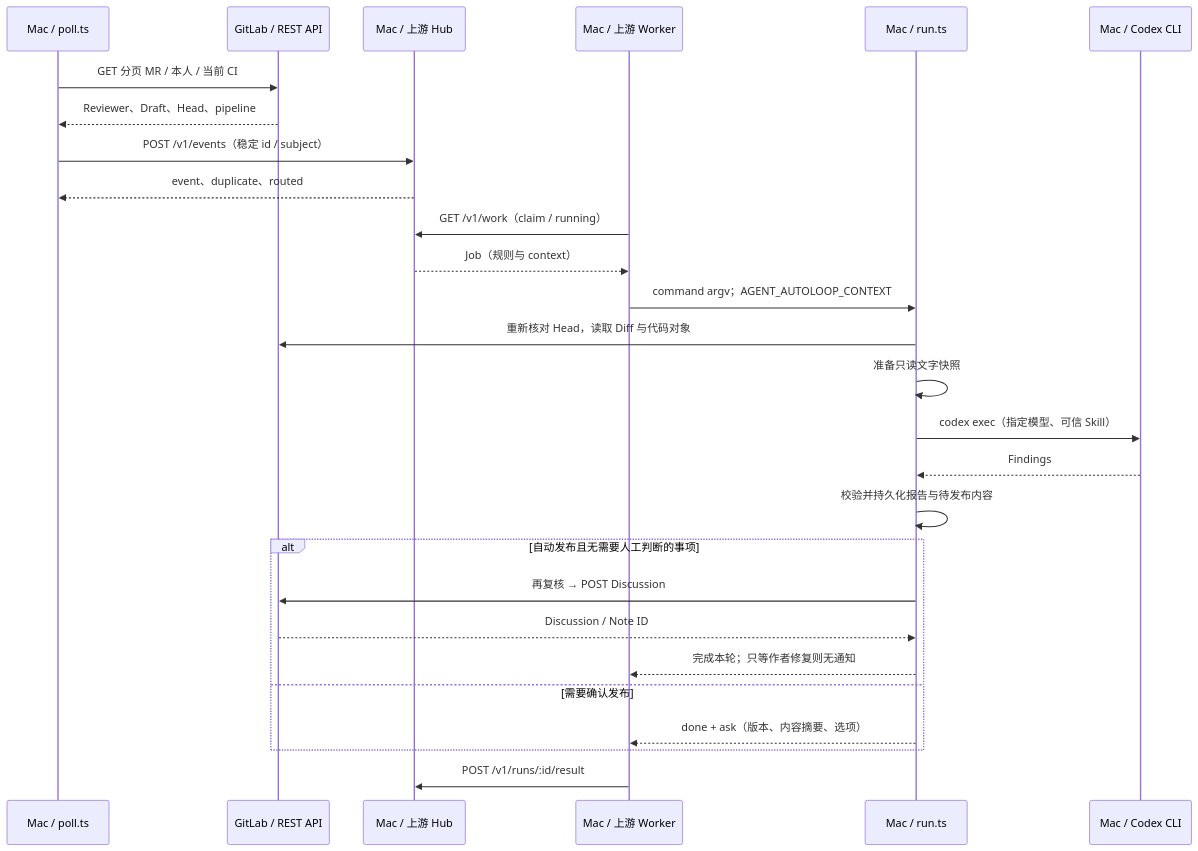
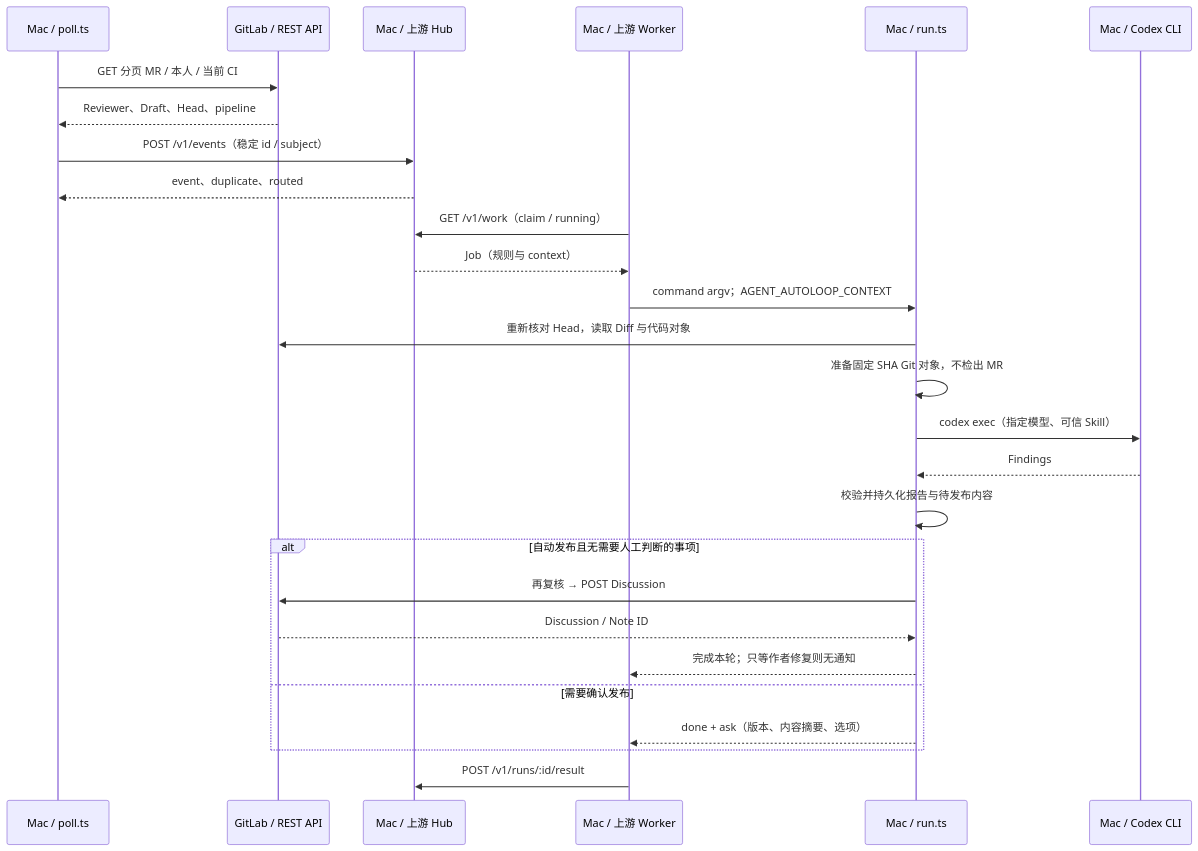
Before and after one commit to OOSYOO/agent-autoloop: the second of 3 diagrams in docs/specs/local_agent_automation.md, drawn with Mermaid. The commit also changed other lines of this file and 27 other files, not shown here.

````diff
--- a/docs/specs/local_agent_automation.md
+++ b/docs/specs/local_agent_automation.md
@@ -110,29 +110,29 @@
 ```mermaid
 sequenceDiagram
     participant P as Mac / poll.ts
     participant G as GitLab / REST API
     participant H as Mac / 上游 Hub
     participant W as Mac / 上游 Worker
     participant R as Mac / run.ts
     participant X as Mac / Codex CLI
     P->>G: GET 分页 MR / 本人 / 当前 CI
     G-->>P: Reviewer、Draft、Head、pipeline
     P->>H: POST /v1/events（稳定 id / subject）
     H-->>P: event、duplicate、routed
     W->>H: GET /v1/work（claim / running）
     H-->>W: Job（规则与 context）
     W->>R: command argv；AGENT_AUTOLOOP_CONTEXT
     R->>G: 重新核对 Head，读取 Diff 与代码对象
-    R->>R: 准备只读文字快照
+    R->>R: 准备固定 SHA Git 对象，不检出 MR
     R->>X: codex exec（指定模型、可信 Skill）
     X-->>R: Findings
     R->>R: 校验并持久化报告与待发布内容
     alt 自动发布且无需要人工判断的事项
         R->>G: 再复核 → POST Discussion
         G-->>R: Discussion / Note ID
         R-->>W: 完成本轮；只等作者修复则无通知
     else 需要确认发布
         R-->>W: done + ask（版本、内容摘要、选项）
     end
     W->>H: POST /v1/runs/:id/result
 ```
````
